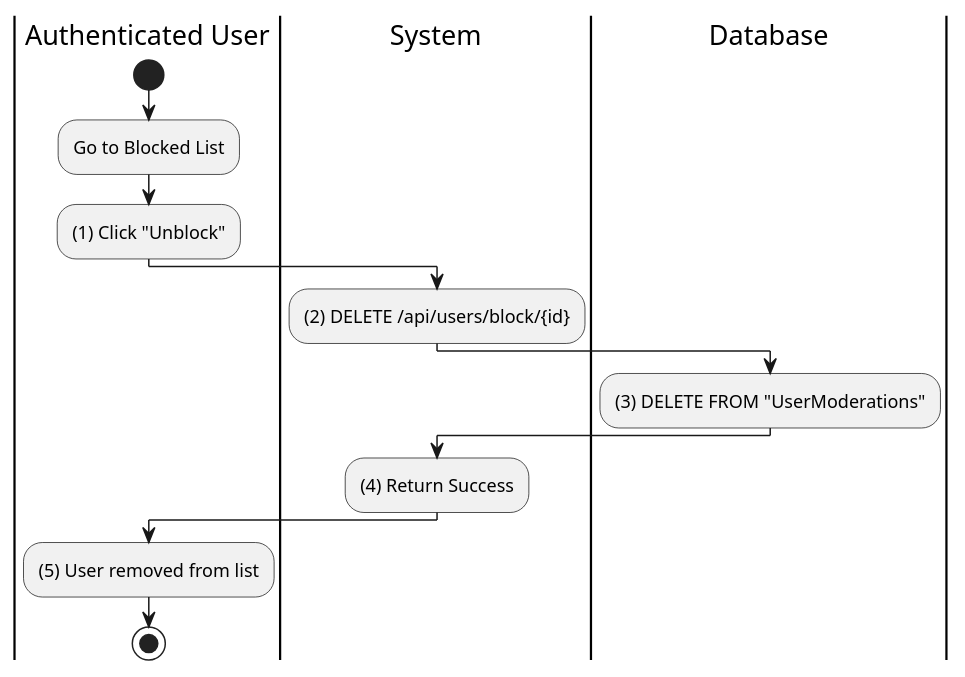
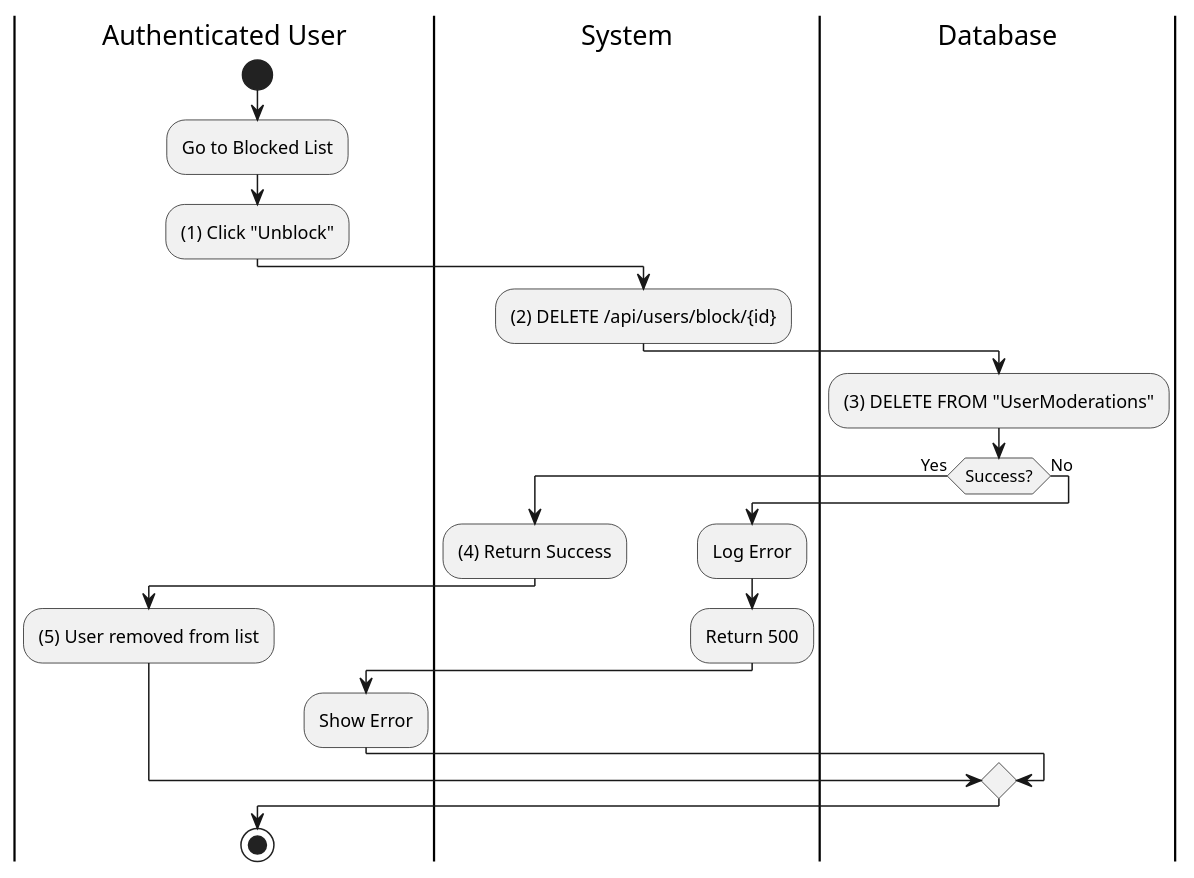
One commit to I-Love-U-3000/Favi-BE changed diagram 11 of 14 in UC_2.1.6_Adjust_Friend.md. Above: the diagram before and after it, drawn with PlantUML. The commit also changed other lines of this file and 4 other files, not shown here.

````diff
--- a/UC_2.1.6_Adjust_Friend.md
+++ b/UC_2.1.6_Adjust_Friend.md
@@ -498,17 +545,25 @@
 ```plantuml
 @startuml
 |Authenticated User|
 start
 :Go to Blocked List;
 :(1) Click "Unblock";
 |System|
 :(2) DELETE /api/users/block/{id};
 |Database|
 :(3) DELETE FROM "UserModerations";
-|System|
-:(4) Return Success;
-|Authenticated User|
-:(5) User removed from list;
+if (Success?) then (Yes)
+    |System|
+    :(4) Return Success;
+    |Authenticated User|
+    :(5) User removed from list;
+else (No)
+    |System|
+    :Log Error;
+    :Return 500;
+    |Authenticated User|
+    :Show Error;
+endif
 stop
 @enduml
 ```
````
